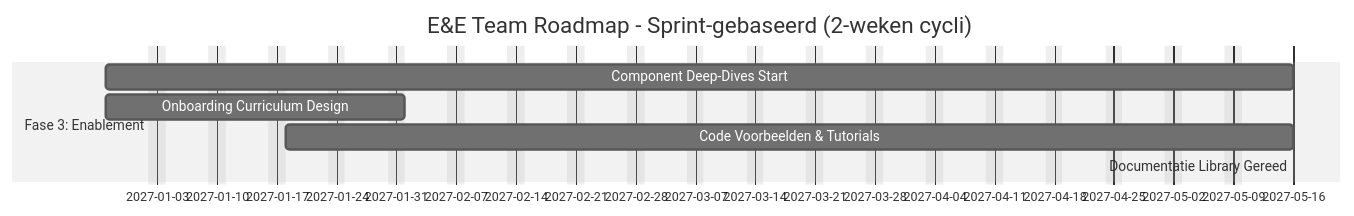
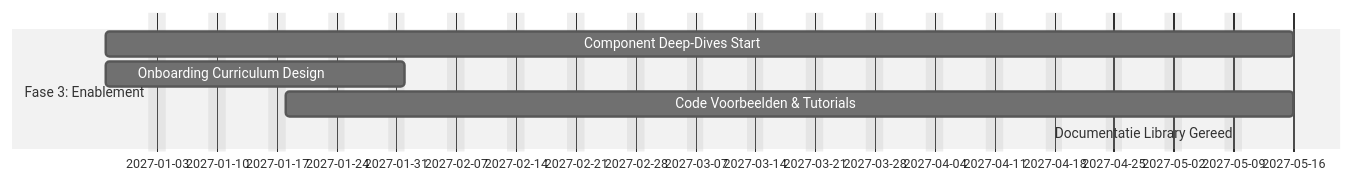
Before and after one commit to hbosscha-personal/enablement-engagement-roadmap: the fourth of 6 diagrams in ROADMAP.md, drawn with Mermaid (neutral theme). The commit also changed other lines of this file, not shown here.

First line of the commit message:
Revise E&E Team Roadmap for clarity and updates

````diff
--- a/ROADMAP.md
+++ b/ROADMAP.md
@@ -252,12 +251,12 @@
 ```mermaid
 gantt
-    title E&E Team Roadmap - Sprint-gebaseerd (2-weken cycli)
-    dateFormat YYYY-MM-DD
-    excludes    weekends
-    
-    section Fase 3: Enablement
-    Component Deep-Dives Start                 :p3_components, 2026-12-28, 2027-05-16
-    Onboarding Curriculum Design               :p3_onboard, 2026-12-28, 2027-02-01
-    Code Voorbeelden & Tutorials               :p3_code,   2027-01-18, 2027-05-16
-    Documentatie Library Gereed                :crit,      p3_gate,   2027-05-16, 2027-05-16
+    dateFormat YYYY-MM-DD
+    excludes    weekends
+    todayMarker stroke-width:3px,stroke:#0f0,opacity:0.5
+    
+    section Fase 3: Enablement
+    Component Deep-Dives Start                 :p3_components, 2026-12-28, 2027-05-16
+    Onboarding Curriculum Design               :p3_onboard, 2026-12-28, 2027-02-01
+    Code Voorbeelden & Tutorials               :p3_code,   2027-01-18, 2027-05-16
+    Documentatie Library Gereed                :crit,      p3_gate,   2027-05-16, 2027-05-16
 ```
````
